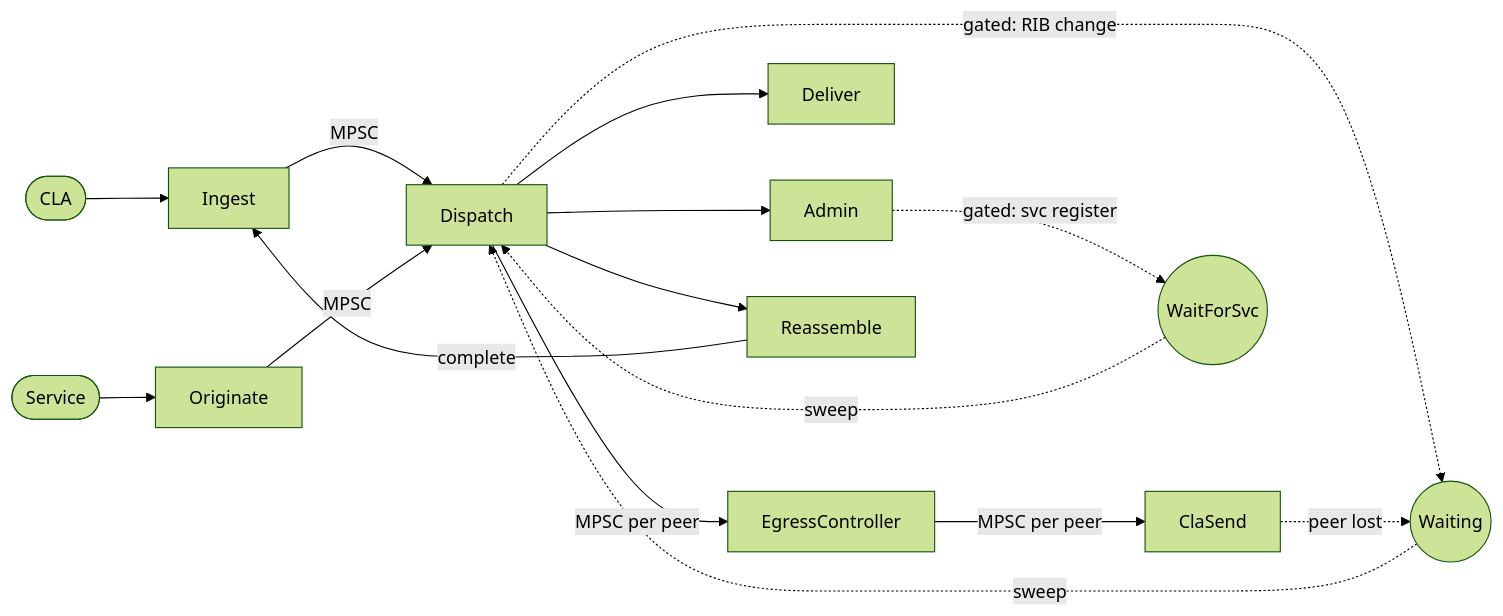
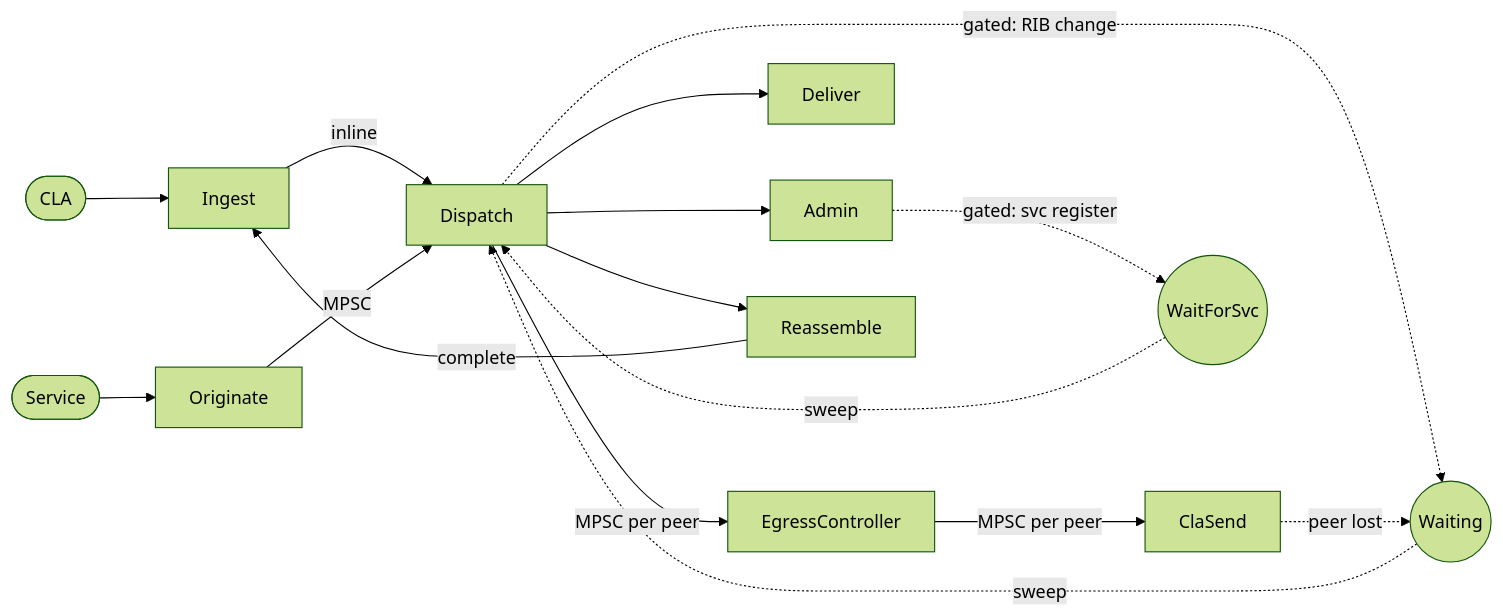
One commit to ricktaylor/hardy changed the diagram in bpa/docs/queue_architecture.md. Above: the diagram before and after it, drawn with Mermaid (forest theme). The commit also changed other lines of this file and 16 other files, not shown here.

````diff
--- a/bpa/docs/queue_architecture.md
+++ b/bpa/docs/queue_architecture.md
@@ -9,18 +9,18 @@
 ```mermaid
 graph LR
     CLA([CLA]) --> Ingest[Ingest]
     Service([Service]) --> Originate[Originate]
-    Ingest -->|MPSC| Dispatch[Dispatch]
+    Ingest -->|inline| Dispatch[Dispatch]
     Originate -->|MPSC| Dispatch
     Dispatch -->|MPSC per peer| EgressCtl[EgressController]
     EgressCtl -->|MPSC per peer| ClaSend[ClaSend]
     Dispatch --> Deliver[Deliver]
     Dispatch --> Admin[Admin]
     Dispatch --> Reassemble[Reassemble]
     Dispatch -.->|gated: RIB change| Waiting((Waiting))
     Waiting -.->|sweep| Dispatch
     Admin -.->|gated: svc register| WFS((WaitForSvc))
     WFS -.->|sweep| Dispatch
     ClaSend -.->|peer lost| Waiting
     Reassemble -->|complete| Ingest
 ```
````
